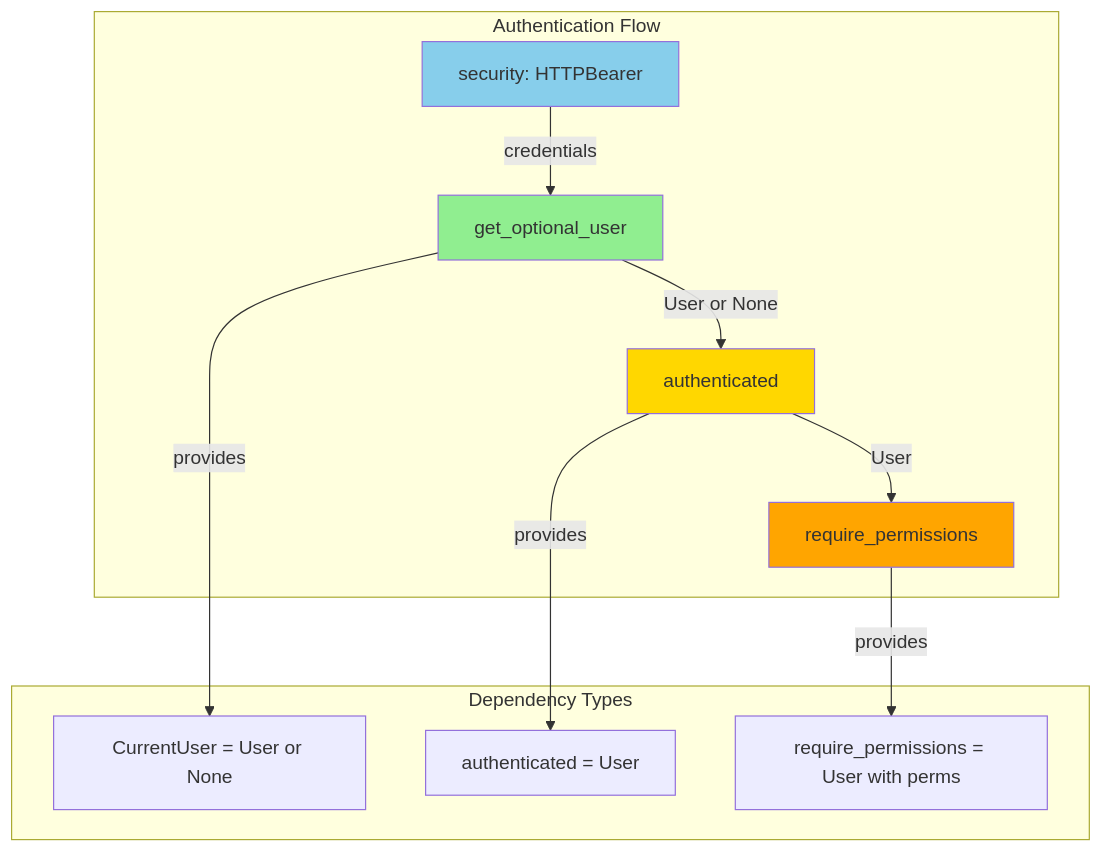
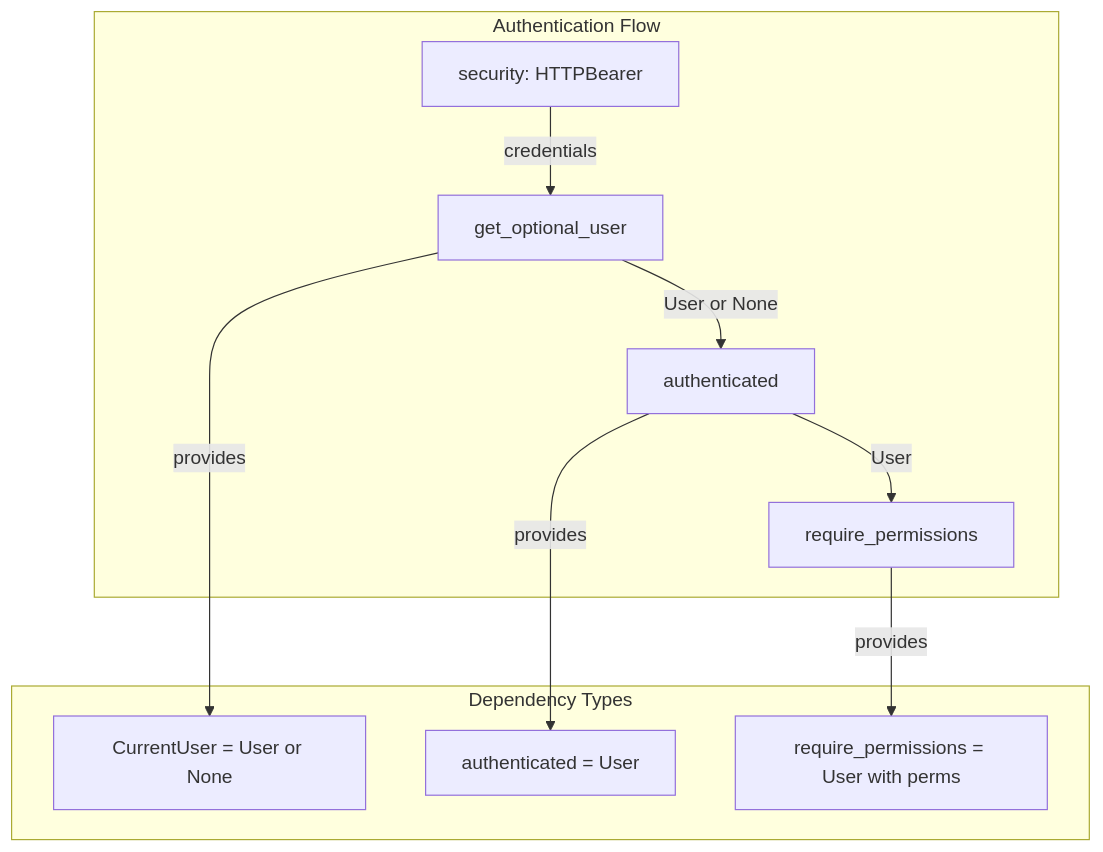
Before and after one commit to ELC/upskilling: the sixth of 6 diagrams in docs/changes_from_refactor-services_to_improve-services.md, drawn with Mermaid. The commit also changed other lines of this file, not shown here.

````diff
--- a/docs/changes_from_refactor-services_to_improve-services.md
+++ b/docs/changes_from_refactor-services_to_improve-services.md
@@ -162,28 +161,23 @@
 ```mermaid
 graph TD
     subgraph "Authentication Flow"
         A[security: HTTPBearer]
         B[get_optional_user]
         C[authenticated]
         D[require_permissions]
         
         A -->|credentials| B
         B -->|User or None| C
         C -->|User| D
     end
     
     subgraph "Dependency Types"
         E[CurrentUser = User or None]
         F[authenticated = User]
         G[require_permissions = User with perms]
         
         B -->|provides| E
         C -->|provides| F
         D -->|provides| G
     end
-    
-    style A fill:#87CEEB
-    style B fill:#90EE90
-    style C fill:#FFD700
-    style D fill:#FFA500
 ```
````
